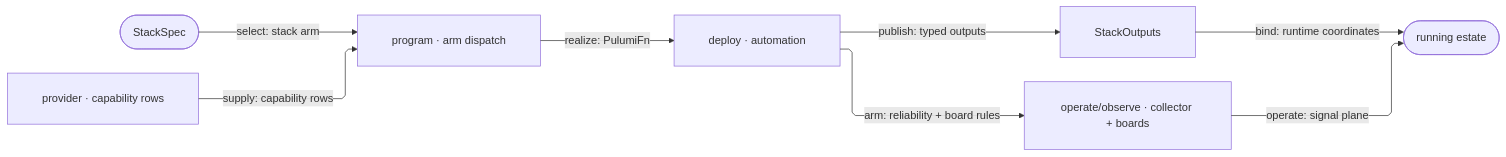
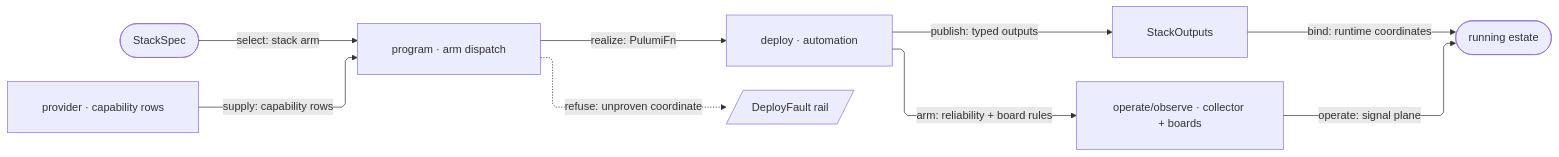
Before and after one commit to bsamiee/Rasm: the third of 3 diagrams in libs/typescript/iac/ARCHITECTURE.md, drawn with Mermaid. The commit also changed other lines of this file and 115 other files, not shown here.

````diff
--- a/libs/typescript/iac/ARCHITECTURE.md
+++ b/libs/typescript/iac/ARCHITECTURE.md
@@ -118,26 +121,28 @@
 ```mermaid
 ---
 config:
   layout: elk
   flowchart:
     curve: linear
     padding: 25
 ---
 flowchart LR
     accTitle: IaC realization spine
     accDescr: Stack specs and provider rows drive program dispatch, deployment, typed outputs, and estate observation.
     Spec([StackSpec])
     Providers[provider · capability rows]
     Program[program · arm dispatch]
     Deploy[deploy · automation]
     Outputs[StackOutputs]
     Observe[operate/observe · collector + boards]
     Estate([running estate])
+    Fault[/DeployFault rail/]
     Spec e1@-->|"select: stack arm"| Program
     Providers e2@-->|"supply: capability rows"| Program
+    Program f1@-.->|"refuse: unproven coordinate"| Fault
     Program e3@-->|"realize: PulumiFn"| Deploy
     Deploy e4@-->|"publish: typed outputs"| Outputs
     Deploy e5@-->|"arm: reliability + board rules"| Observe
     Outputs e6@-->|"bind: runtime coordinates"| Estate
     Observe e7@-->|"operate: signal plane"| Estate
 ```
````
